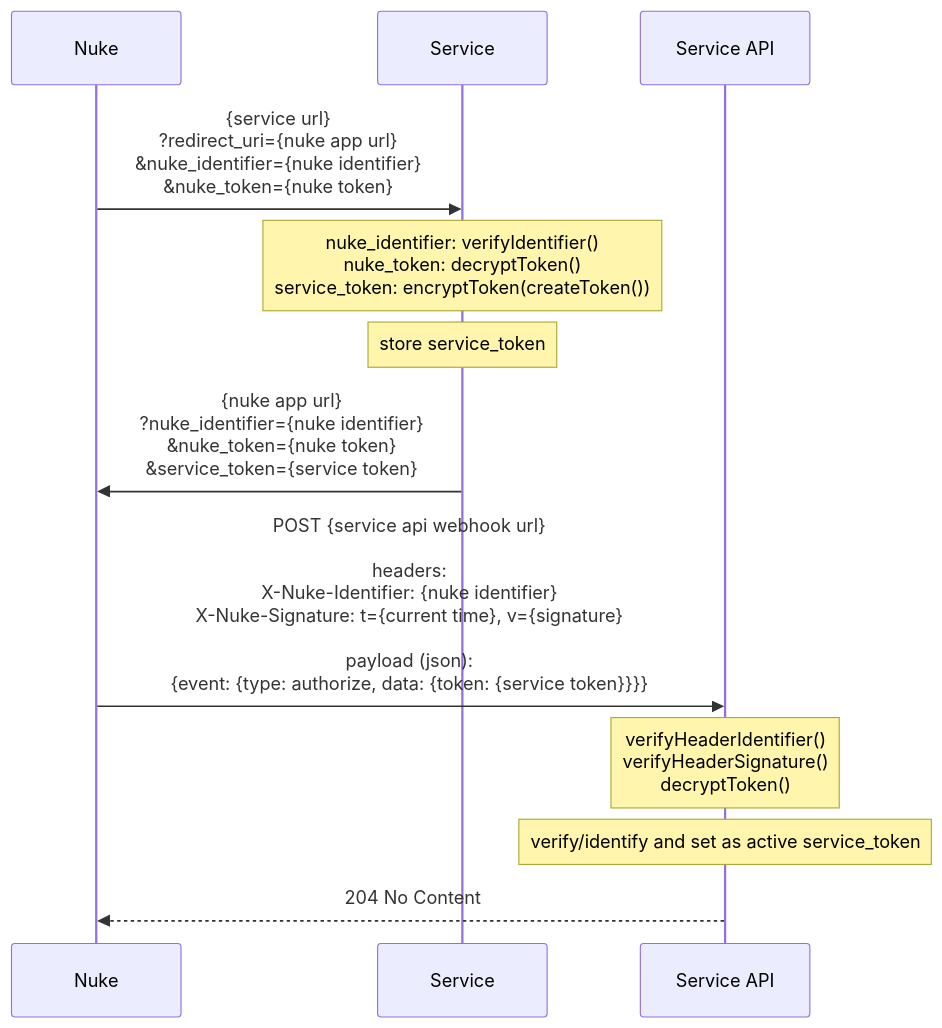
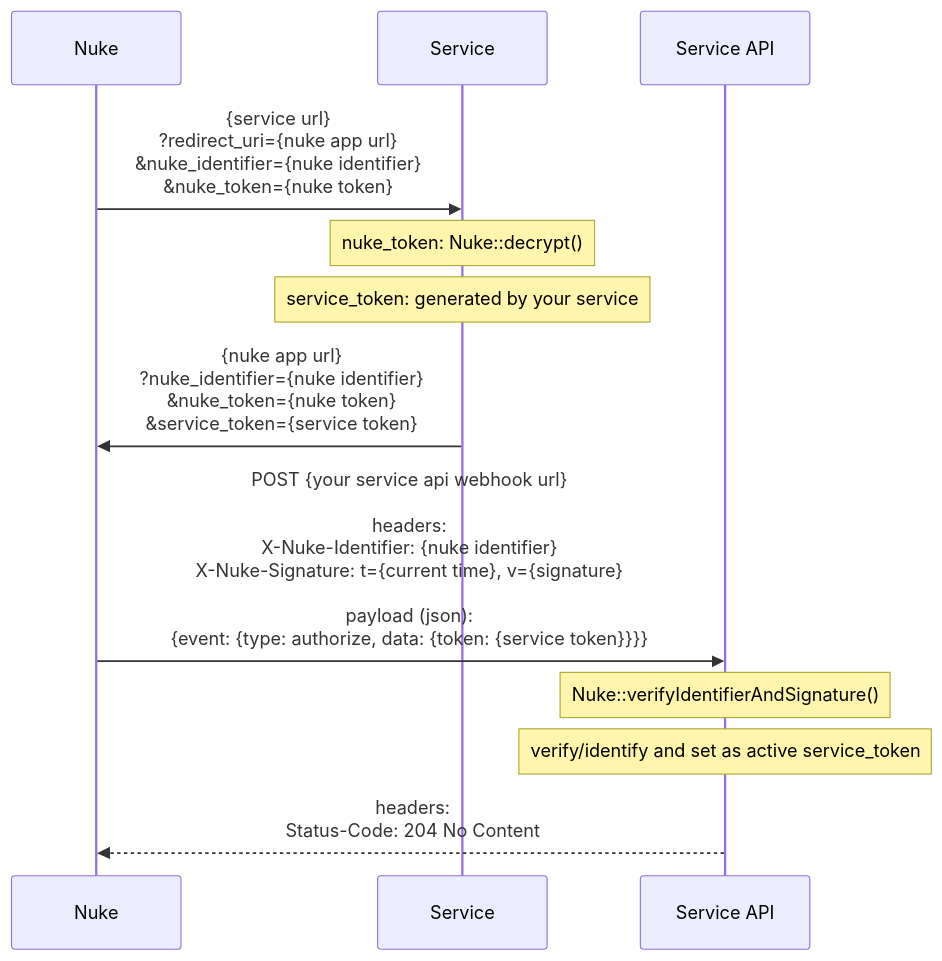
One commit to nukefromorbit/nuke-php changed the first of 4 diagrams in README.md. Above: the diagram before and after it, drawn with Mermaid. The commit also changed other lines of this file and 20 other files, not shown here.

Commit message:
feat(nuke): service implementation

````diff
--- a/README.md
+++ b/README.md
@@ -3,22 +5,22 @@
 ```mermaid
 sequenceDiagram
     participant nuke as Nuke
     participant service as Service
     participant service_api as Service API
 
     nuke ->> service: {service url}<br>?redirect_uri={nuke app url}<br>&nuke_identifier={nuke identifier}<br>&nuke_token={nuke token}
 
-    note over service: nuke_identifier: verifyIdentifier()<br>nuke_token: decryptToken()<br>service_token: encryptToken(createToken())
+    note over service: nuke_token: Nuke::decrypt()
 
-    note over service: store service_token
+    note over service: service_token: generated by your service
 
     service ->> nuke: {nuke app url}<br>?nuke_identifier={nuke identifier}<br>&nuke_token={nuke token}<br>&service_token={service token}
 
-    nuke ->> service_api: POST {service api webhook url}<br><br>headers:<br>X-Nuke-Identifier: {nuke identifier}<br>X-Nuke-Signature: t={current time}, v={signature}<br><br>payload (json):<br>{event: {type: authorize, data: {token: {service token}}}}
+    nuke ->> service_api: POST {your service api webhook url}<br><br>headers:<br>X-Nuke-Identifier: {nuke identifier}<br>X-Nuke-Signature: t={current time}, v={signature}<br><br>payload (json):<br>{event: {type: authorize, data: {token: {service token}}}}
 
-    note over service_api: verifyHeaderIdentifier()<br>verifyHeaderSignature()<br>decryptToken()
+    note over service_api: Nuke::verifyIdentifierAndSignature()
 
     note over service_api: verify/identify and set as active service_token
 
-    service_api -->> nuke: 204 No Content
+    service_api -->> nuke: headers:<br>Status-Code: 204 No Content
 ```
````
